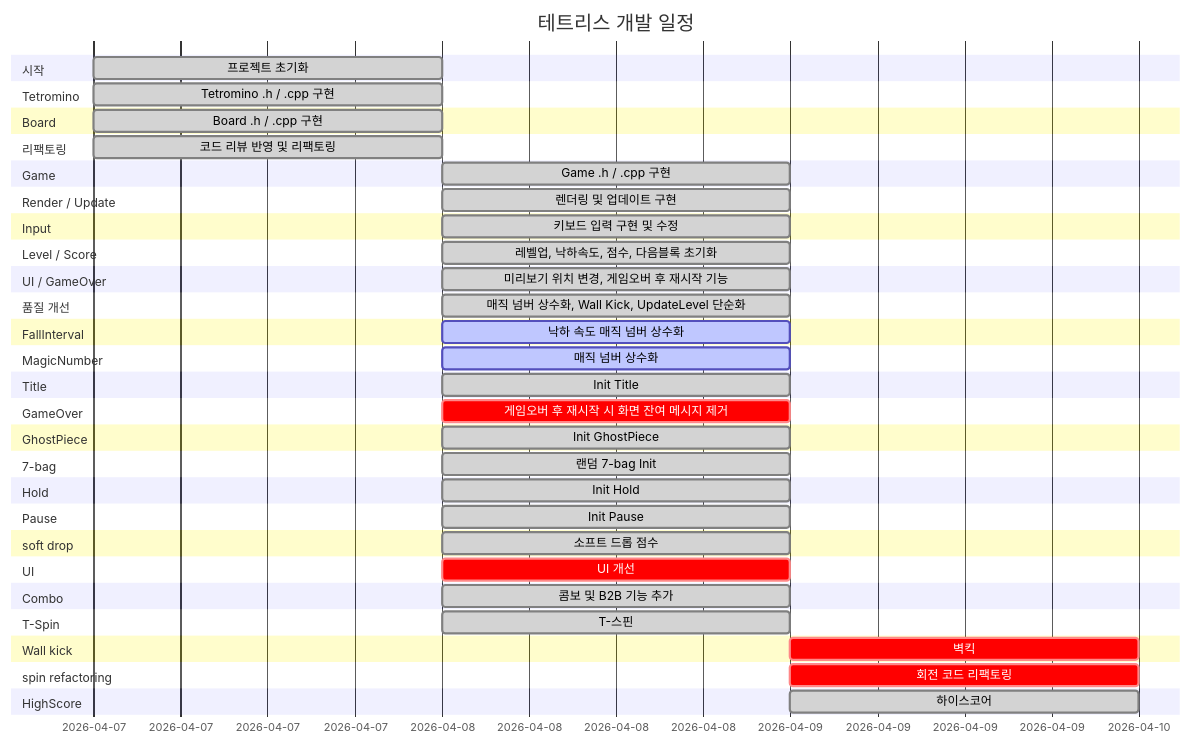
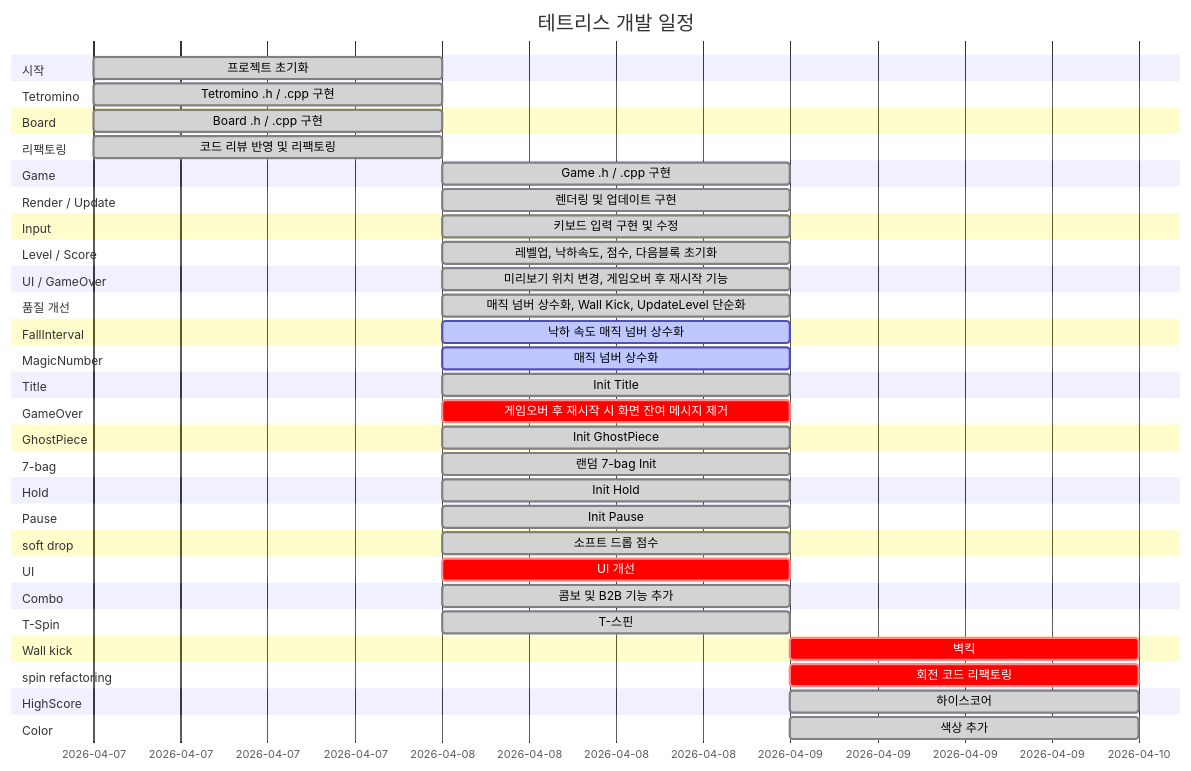
The diagram in README.md (Chance031/Tetris-cpp), drawn with Mermaid before and after one commit. The commit also changed other lines of this file, not shown here.

Commit message:
docs: README 자동 업데이트 [skip ci]

````diff
--- a/README.md
+++ b/README.md
@@ -27,55 +27,57 @@
 ```mermaid
 gantt
     title 테트리스 개발 일정
     dateFormat YYYY-MM-DD
     section 시작
         프로젝트 초기화 :done, init, 2026-04-07, 1d
     section Tetromino
         Tetromino .h / .cpp 구현 :done, t16803, 2026-04-07, 1d
     section Board
         Board .h / .cpp 구현 :done, t84048, 2026-04-07, 1d
     section 리팩토링
         코드 리뷰 반영 및 리팩토링 :done, refactor, 2026-04-07, 1d
     section Game
         Game .h / .cpp 구현 :done, t91896, 2026-04-08, 1d
     section Render / Update
         렌더링 및 업데이트 구현 :done, t47867, 2026-04-08, 1d
     section Input
         키보드 입력 구현 및 수정 :done, t8258, 2026-04-08, 1d
     section Level / Score
         레벨업, 낙하속도, 점수, 다음블록 초기화 :done, t44367, 2026-04-08, 1d
     section UI / GameOver
         미리보기 위치 변경, 게임오버 후 재시작 기능 :done, t55123, 2026-04-08, 1d
     section 품질 개선
         매직 넘버 상수화, Wall Kick, UpdateLevel 단순화 :done, t66234, 2026-04-08, 1d
     section FallInterval
         낙하 속도 매직 넘버 상수화 :active, t66782, 2026-04-08, 1d
     section MagicNumber
         매직 넘버 상수화 :active, t23180, 2026-04-08, 1d
     section Title
         Init Title :done, t45140, 2026-04-08, 1d
     section GameOver
         게임오버 후 재시작 시 화면 잔여 메시지 제거 :crit, t96693, 2026-04-08, 1d
     section GhostPiece
         Init GhostPiece :done, t88826, 2026-04-08, 1d
     section 7-bag
         랜덤 7-bag Init :done, t21893, 2026-04-08, 1d
     section Hold
         Init Hold :done, t97044, 2026-04-08, 1d
     section Pause
         Init Pause :done, t97166, 2026-04-08, 1d
     section soft drop
         소프트 드롭 점수 :done, t4875, 2026-04-08, 1d
     section UI
         UI 개선 :crit, t85460, 2026-04-08, 1d
     section Combo
         콤보 및 B2B 기능 추가 :done, t36199, 2026-04-08, 1d
     section T-Spin
         T-스핀 :done, t94811, 2026-04-08, 1d
     section Wall kick
         벽킥 :crit, t77172, 2026-04-09, 1d
     section spin refactoring
         회전 코드 리팩토링 :crit, t55626, 2026-04-09, 1d
     section HighScore
         하이스코어 :done, t63273, 2026-04-09, 1d
+    section Color
+        색상 추가 :done, t19902, 2026-04-09, 1d
 ```
````
